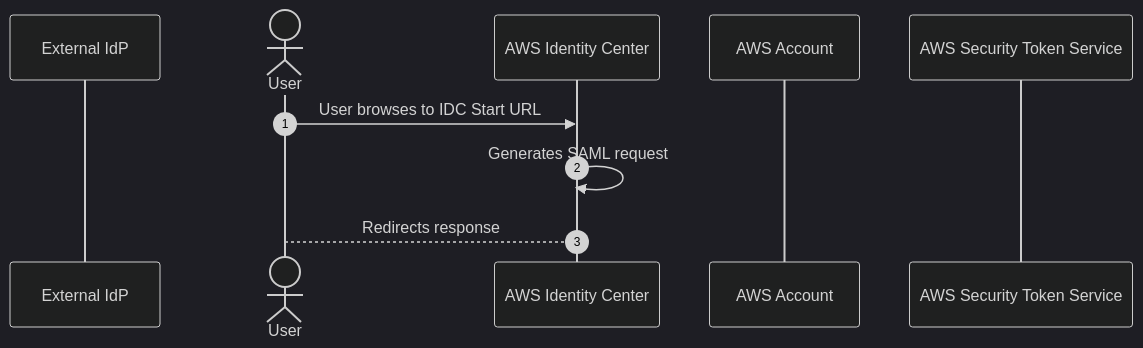
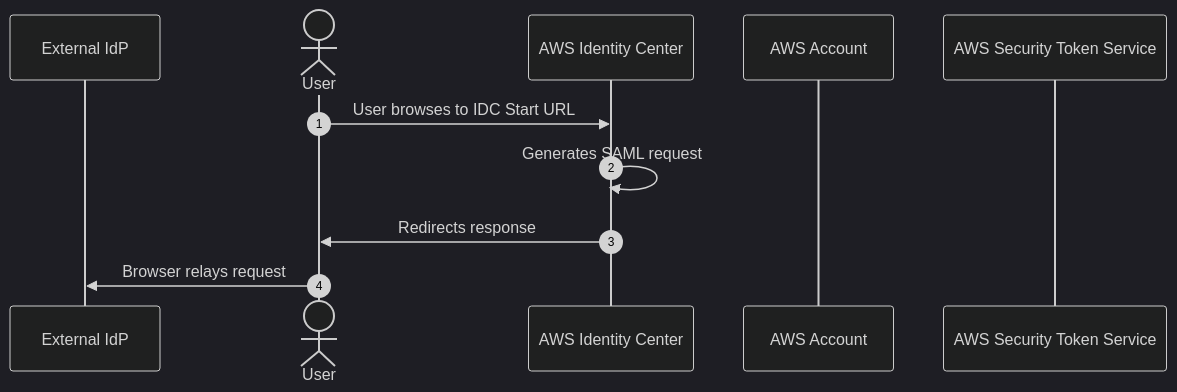
Before and after one commit to keshavbaweja-git/workshops: the diagram in identity-center/flow.md, drawn with Mermaid (dark theme).

Commit message:
Identity Center

````diff
--- a/identity-center/flow.md
+++ b/identity-center/flow.md
@@ -1,12 +1,13 @@
 ```mermaid
 sequenceDiagram
     participant eidp as External IdP
     actor user as User
     participant idc as AWS Identity Center
     participant account as AWS Account
     participant sts as AWS Security Token Service
     autonumber
     user->>idc: User browses to IDC Start URL
     idc->>idc: Generates SAML request
-    idc-->user: Redirects response
+    idc->>user: Redirects response
+    user->>eidp: Browser relays request
 ```
````
